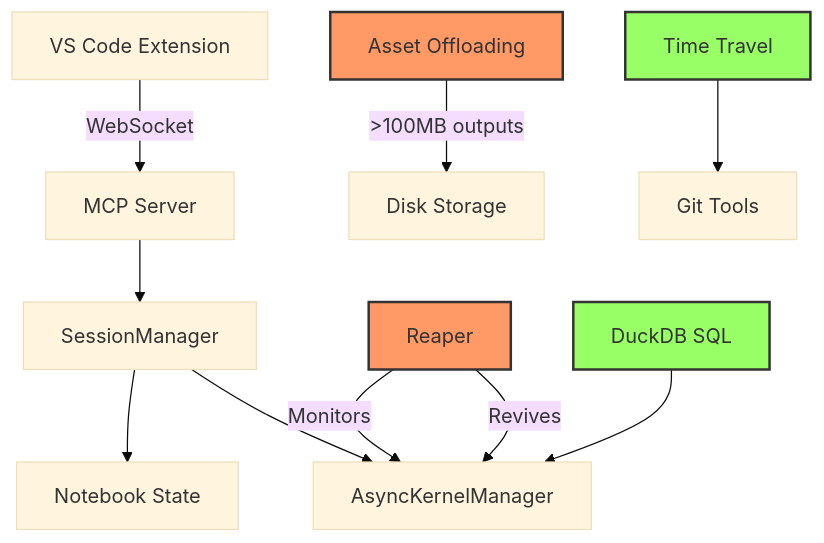
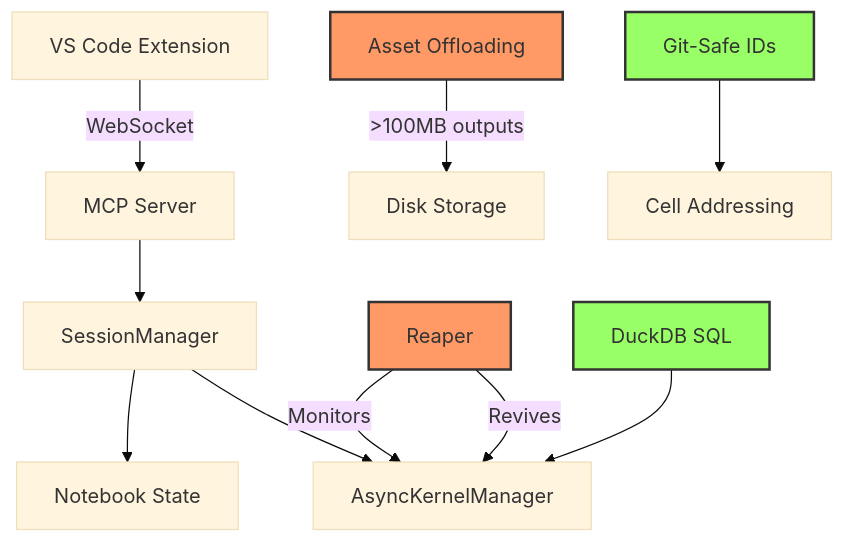
One commit to davidwarshawsky/mcp-server-jupyter changed the diagram in README.md. Above: the diagram before and after it, drawn with Mermaid (base theme). The commit also changed other lines of this file and 5 other files, not shown here.

````diff
--- a/README.md
+++ b/README.md
@@ -177,20 +177,20 @@
 ```mermaid
 graph TB
     A[VS Code Extension] -->|WebSocket| B[MCP Server]
     B --> C[SessionManager]
     C --> D[Notebook State]
     C --> E[AsyncKernelManager]
     
     F[Reaper] -->|Monitors| E
     F -->|Revives| E
     
     G[Asset Offloading] -->|>100MB outputs| H[Disk Storage]
     
     I[DuckDB SQL] --> E
-    J[Time Travel] --> K[Git Tools]
+    J[Git-Safe IDs] --> K[Cell Addressing]
     
     style F fill:#f96,stroke:#333,stroke-width:2px
     style G fill:#f96,stroke:#333,stroke-width:2px
     style I fill:#9f6,stroke:#333,stroke-width:2px
     style J fill:#9f6,stroke:#333,stroke-width:2px
 ```
````
